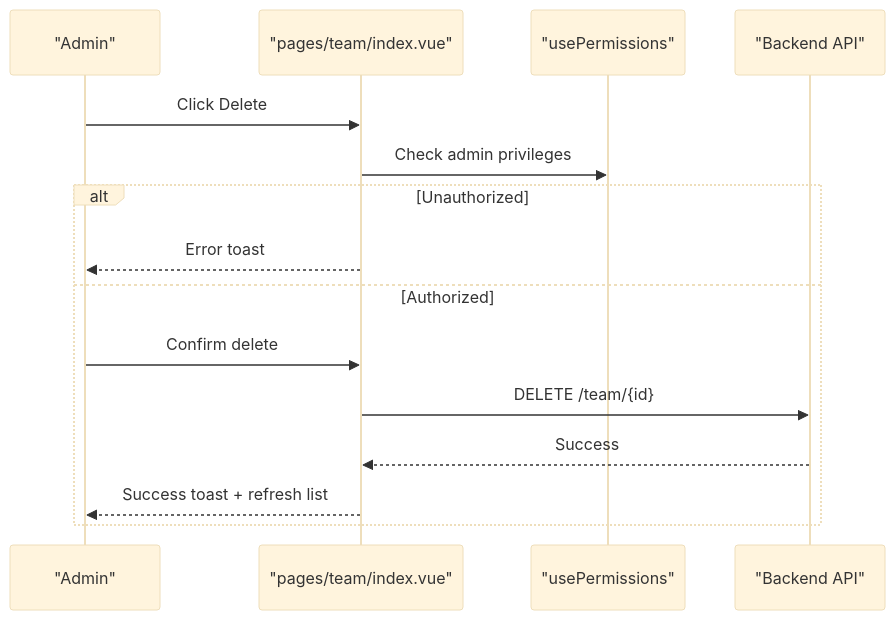
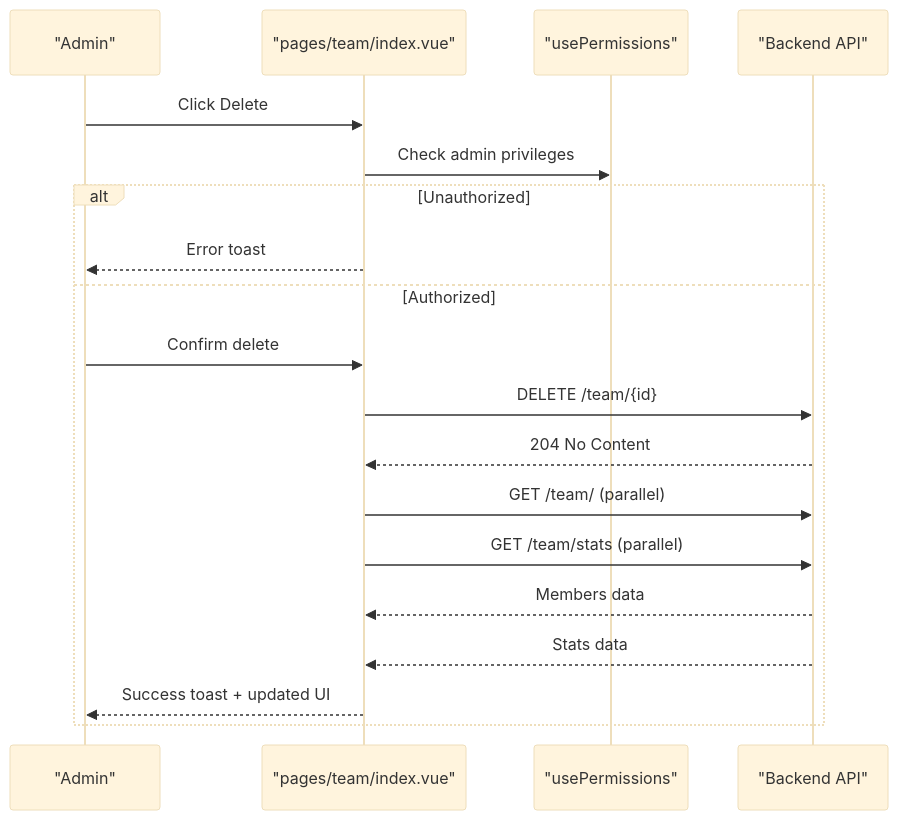
Before and after one commit to Lazynerd-Studios/lacarte-atlas-console: the seventh of 11 diagrams in .qoder/repowiki/en/content/Business Modules/Team Administration.md, drawn with Mermaid (base theme). The commit also changed other lines of this file and 23 other files, not shown here.

````diff
--- a/.qoder/repowiki/en/content/Business Modules/Team Administration.md
+++ b/.qoder/repowiki/en/content/Business Modules/Team Administration.md
@@ -317,17 +326,21 @@
 ```mermaid
 sequenceDiagram
 participant Admin as "Admin"
 participant ListPage as "pages/team/index.vue"
 participant Perm as "usePermissions"
 participant API as "Backend API"
 Admin->>ListPage : Click Delete
 ListPage->>Perm : Check admin privileges
 alt Unauthorized
 ListPage-->>Admin : Error toast
 else Authorized
 Admin->>ListPage : Confirm delete
 ListPage->>API : DELETE /team/{id}
-API-->>ListPage : Success
-ListPage-->>Admin : Success toast + refresh list
+API-->>ListPage : 204 No Content
+ListPage->>API : GET /team/ (parallel)
+ListPage->>API : GET /team/stats (parallel)
+API-->>ListPage : Members data
+API-->>ListPage : Stats data
+ListPage-->>Admin : Success toast + updated UI
 end
 ```
````
